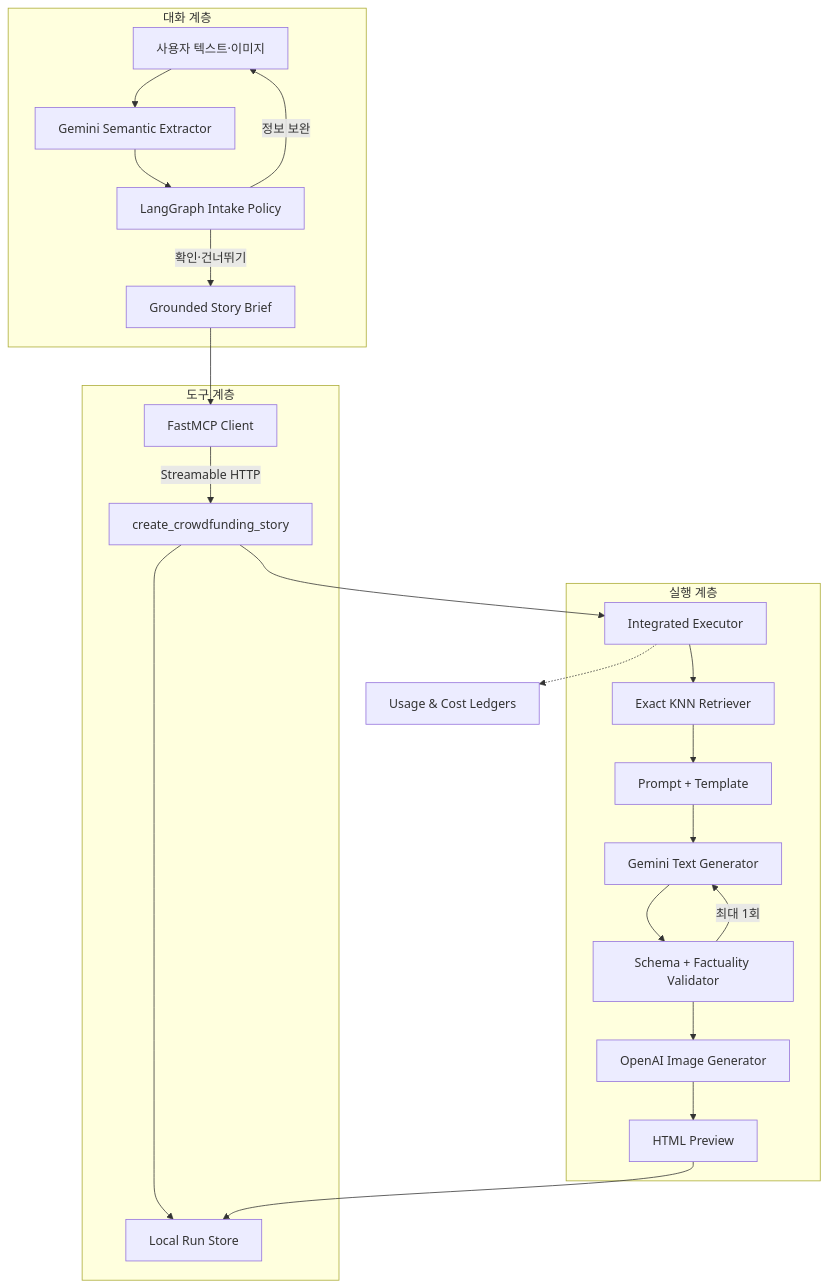
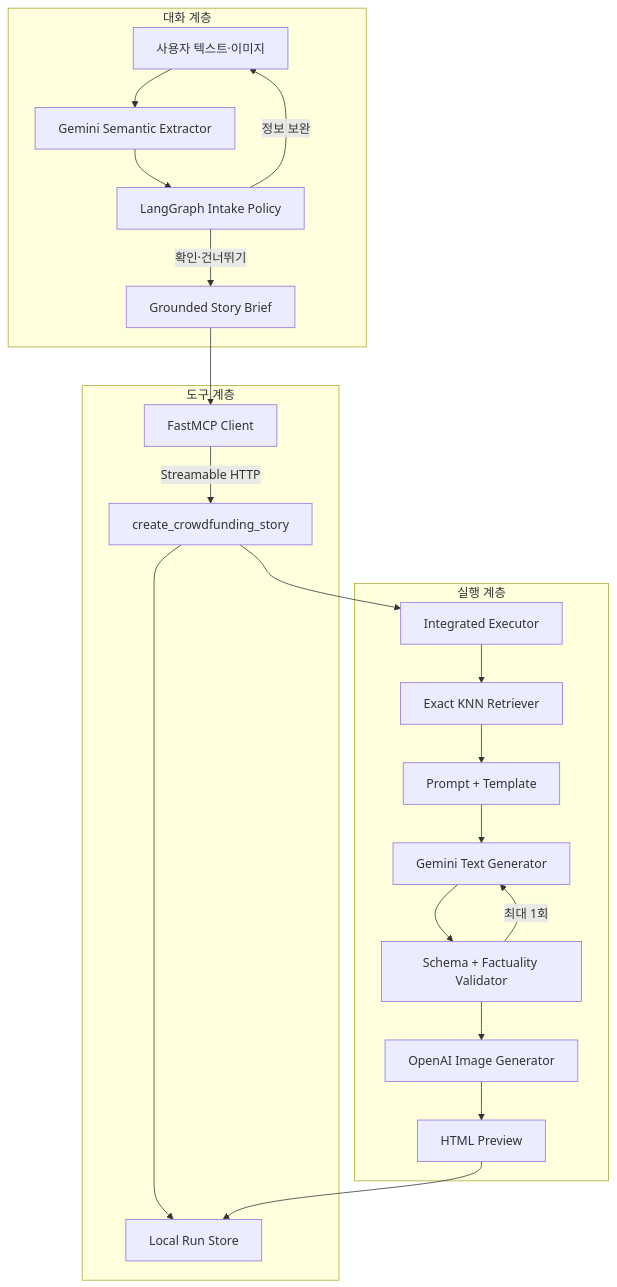
The diagram in docs/architecture.md (KT-Cloud-Tech-Up-team6/funding-story-ai), drawn with Mermaid before and after one commit. The commit also changed other lines of this file and 37 other files, not shown here.

````diff
--- a/docs/architecture.md
+++ b/docs/architecture.md
@@ -9,29 +9,28 @@
 ```mermaid
 flowchart TB
     subgraph Conversation["대화 계층"]
         U["사용자 텍스트·이미지"] --> X["Gemini Semantic Extractor"]
         X --> Q["LangGraph Intake Policy"]
         Q -->|"정보 보완"| U
         Q -->|"확인·건너뛰기"| B["Grounded Story Brief"]
     end
 
     subgraph Tool["도구 계층"]
         B --> C["FastMCP Client"]
         C -->|"Streamable HTTP"| M["create_crowdfunding_story"]
         M --> S["Local Run Store"]
     end
 
     subgraph Execution["실행 계층"]
         M --> E["Integrated Executor"]
         E --> K["Exact KNN Retriever"]
         K --> P["Prompt + Template"]
         P --> G["Gemini Text Generator"]
         G --> V["Schema + Factuality Validator"]
         V -->|"최대 1회"| G
         V --> I["OpenAI Image Generator"]
         I --> H["HTML Preview"]
     end
 
-    E -.-> L["Usage & Cost Ledgers"]
     H --> S
 ```
````
